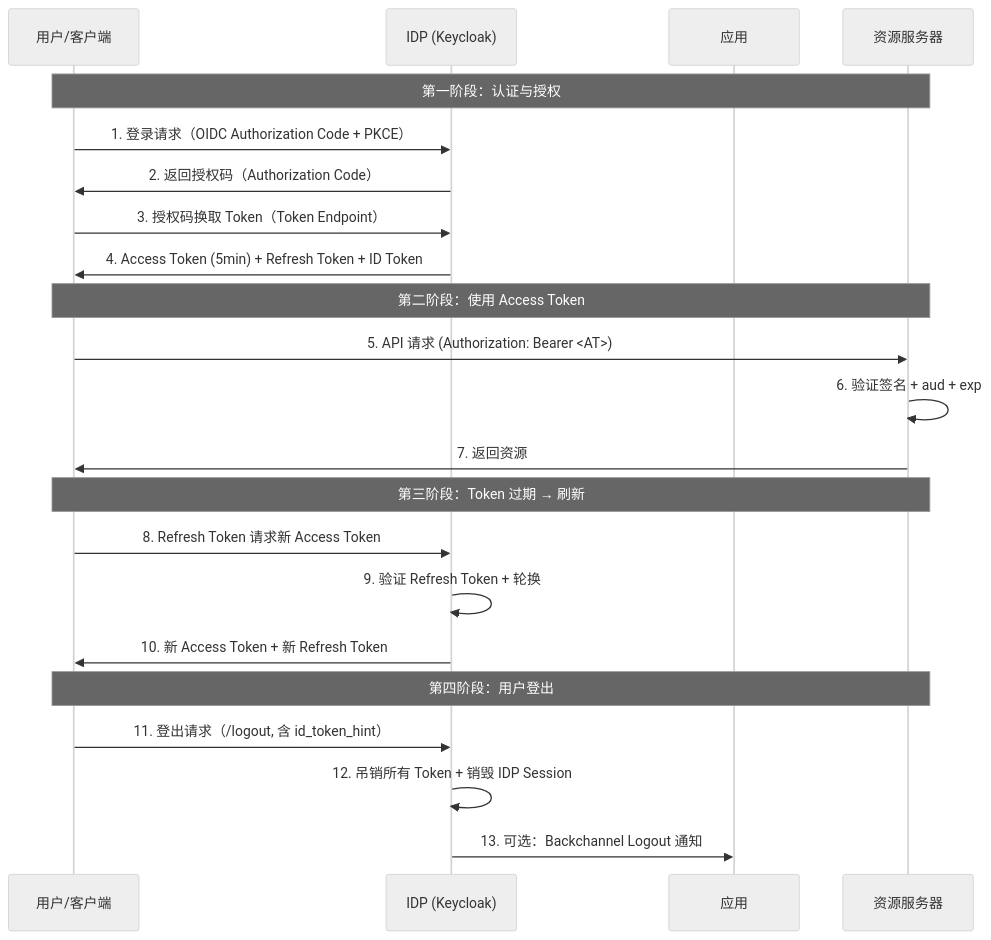
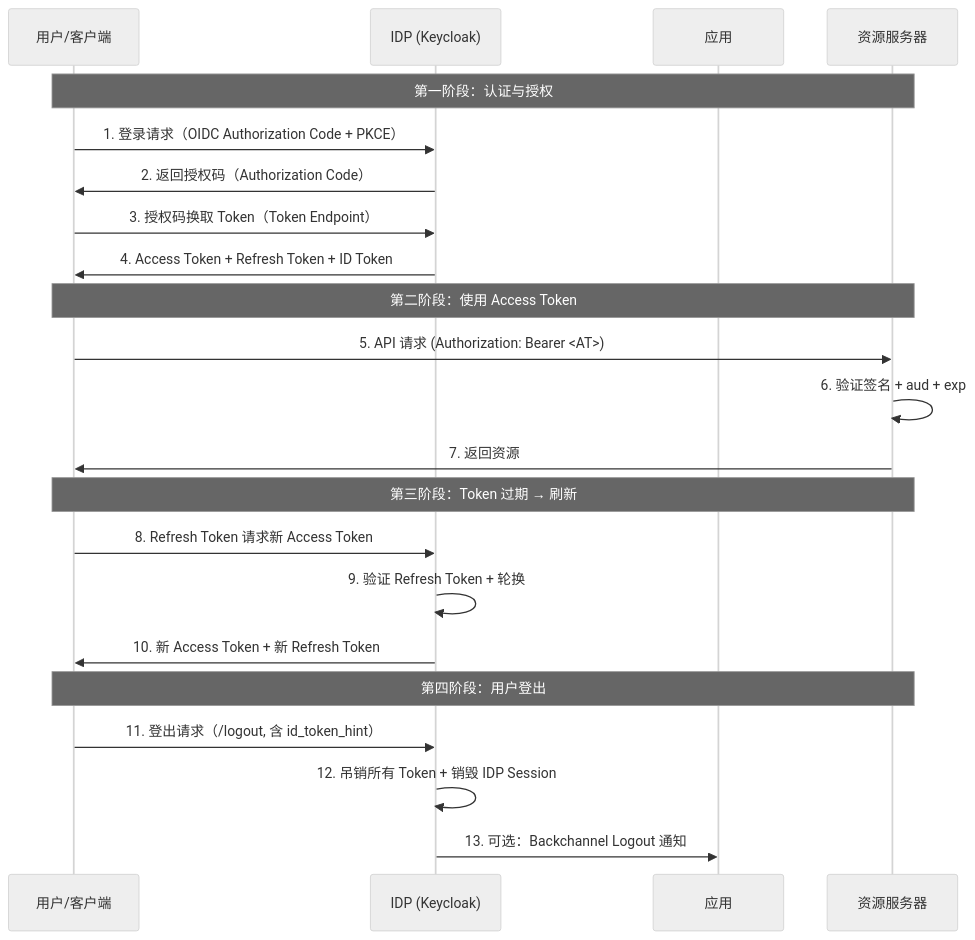
One commit to l10178/idaas-book changed the diagram in content/docs/advanced-topics/iam-session-management.md. Above: the diagram before and after it, drawn with Mermaid (neutral theme). The commit also changed other lines of this file, not shown here.

````diff
--- a/content/docs/advanced-topics/iam-session-management.md
+++ b/content/docs/advanced-topics/iam-session-management.md
@@ -32,28 +32,28 @@
 ```mermaid
 sequenceDiagram
     participant U as 用户/客户端
     participant IDP as IDP (Keycloak)
     participant App as 应用
     participant RS as 资源服务器
 
     Note over U,RS: 第一阶段：认证与授权
     U->>IDP: 1. 登录请求（OIDC Authorization Code + PKCE）
     IDP->>U: 2. 返回授权码（Authorization Code）
     U->>IDP: 3. 授权码换取 Token（Token Endpoint）
-    IDP->>U: 4. Access Token (5min) + Refresh Token + ID Token
+    IDP->>U: 4. Access Token + Refresh Token + ID Token
 
     Note over U,RS: 第二阶段：使用 Access Token
     U->>RS: 5. API 请求 (Authorization: Bearer <AT>)
     RS->>RS: 6. 验证签名 + aud + exp
     RS->>U: 7. 返回资源
 
     Note over U,RS: 第三阶段：Token 过期 → 刷新
     U->>IDP: 8. Refresh Token 请求新 Access Token
     IDP->>IDP: 9. 验证 Refresh Token + 轮换
     IDP->>U: 10. 新 Access Token + 新 Refresh Token
 
     Note over U,RS: 第四阶段：用户登出
     U->>IDP: 11. 登出请求（/logout, 含 id_token_hint）
     IDP->>IDP: 12. 吊销所有 Token + 销毁 IDP Session
     IDP->>App: 13. 可选：Backchannel Logout 通知
 ```
````
